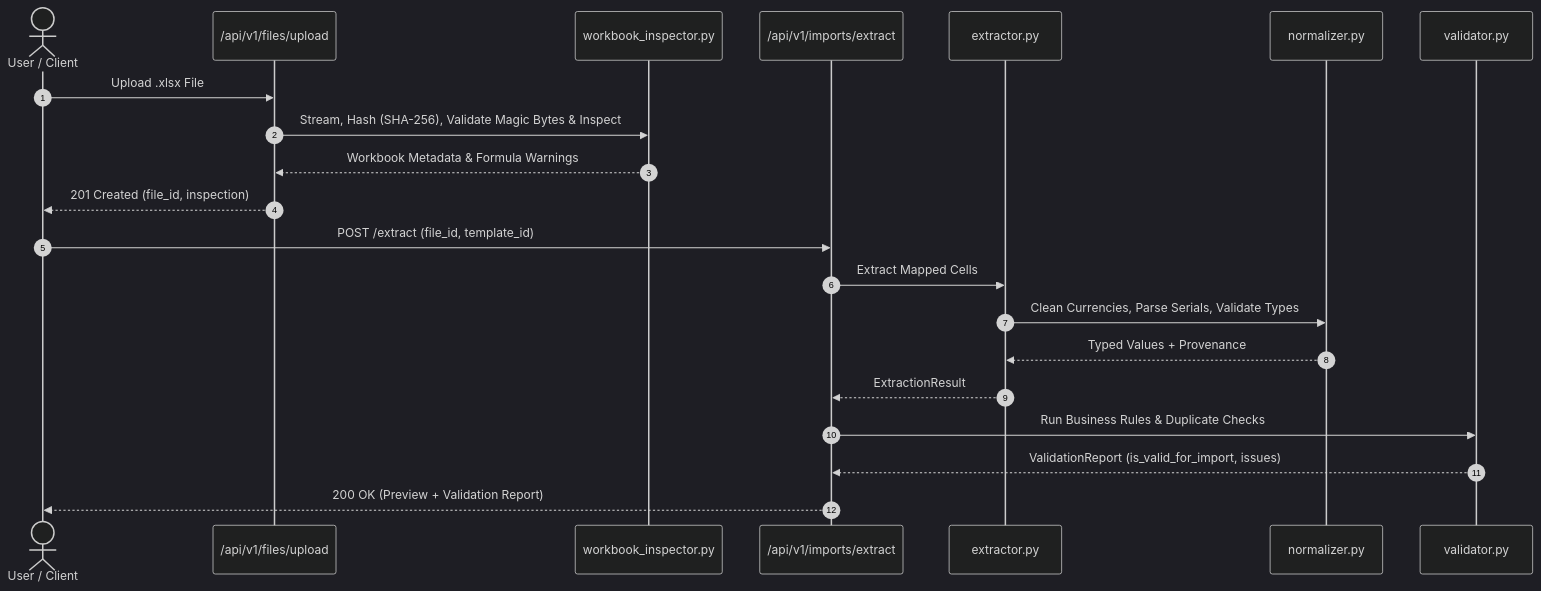
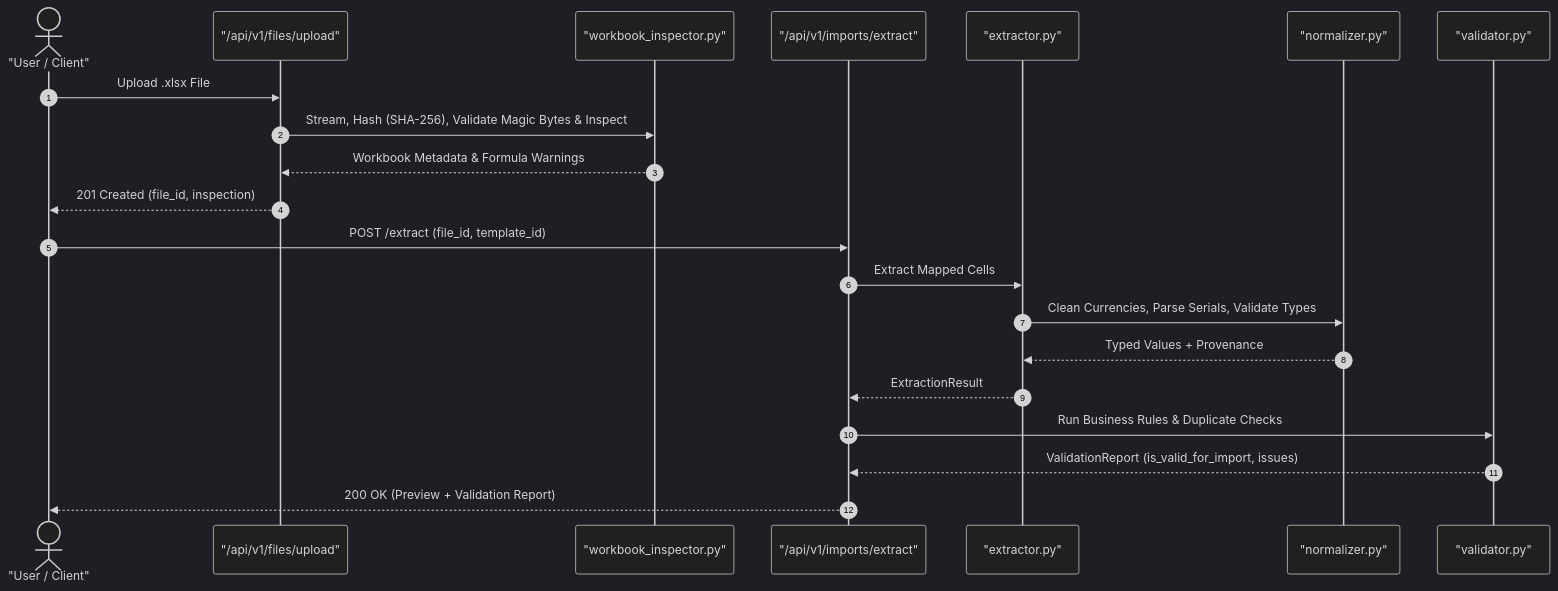
The second of 2 diagrams in README.md (yewzhihao3/DataBridge), drawn with Mermaid (dark theme) before and after one commit. The commit also changed other lines of this file, not shown here.

Commit message:
docs: wrap Mermaid diagram labels and identifiers in quotes

````diff
--- a/README.md
+++ b/README.md
@@ -127,25 +127,25 @@
 ```mermaid
 sequenceDiagram
     autonumber
-    actor User as User / Client
-    participant FilesAPI as /api/v1/files/upload
-    participant Inspector as workbook_inspector.py
-    participant ImportsAPI as /api/v1/imports/extract
-    participant Extractor as extractor.py
-    participant Normalizer as normalizer.py
-    participant Validator as validator.py
+    actor User as "User / Client"
+    participant FilesAPI as "/api/v1/files/upload"
+    participant Inspector as "workbook_inspector.py"
+    participant ImportsAPI as "/api/v1/imports/extract"
+    participant Extractor as "extractor.py"
+    participant Normalizer as "normalizer.py"
+    participant Validator as "validator.py"
 
     User->>FilesAPI: Upload .xlsx File
     FilesAPI->>Inspector: Stream, Hash (SHA-256), Validate Magic Bytes & Inspect
     Inspector-->>FilesAPI: Workbook Metadata & Formula Warnings
     FilesAPI-->>User: 201 Created (file_id, inspection)
 
     User->>ImportsAPI: POST /extract (file_id, template_id)
     ImportsAPI->>Extractor: Extract Mapped Cells
     Extractor->>Normalizer: Clean Currencies, Parse Serials, Validate Types
     Normalizer-->>Extractor: Typed Values + Provenance
     Extractor-->>ImportsAPI: ExtractionResult
     ImportsAPI->>Validator: Run Business Rules & Duplicate Checks
     Validator-->>ImportsAPI: ValidationReport (is_valid_for_import, issues)
     ImportsAPI-->>User: 200 OK (Preview + Validation Report)
 ```
````
